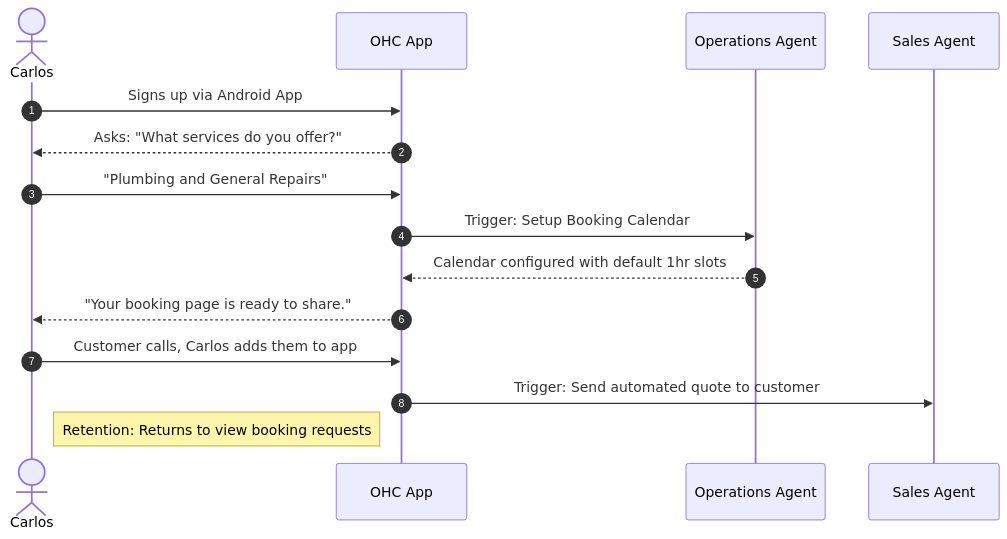
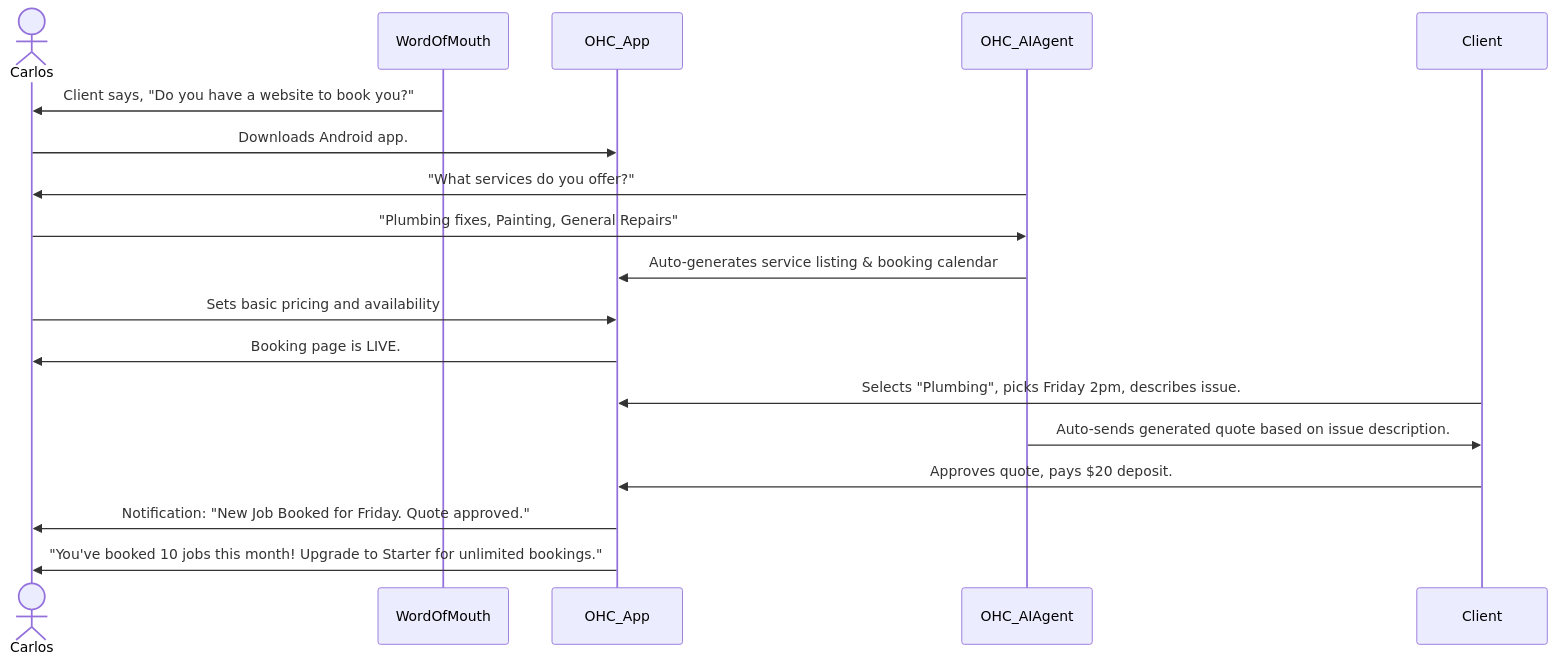
Before and after one commit to omnisolo-llc/onehumancorp: the second of 5 diagrams in docs/research/[architecture]_business_journey.md, drawn with Mermaid. The commit also changed other lines of this file, not shown here.

First line of the commit message:
docs: create Business Journey Architecture research report

````diff
--- a/docs/research/[architecture]_business_journey.md
+++ b/docs/research/[architecture]_business_journey.md
@@ -74,18 +91,28 @@
 ```mermaid
 sequenceDiagram
-    autonumber
-    actor Carlos as Carlos
-    participant App as OHC App
-    participant Ops as Operations Agent
-    participant Sales as Sales Agent
+    actor Carlos
+    participant WordOfMouth
+    participant OHC_App
+    participant OHC_AIAgent
+    participant Client
 
-    Carlos->>App: Signs up via Android App
-    App-->>Carlos: Asks: "What services do you offer?"
-    Carlos->>App: "Plumbing and General Repairs"
-    App->>Ops: Trigger: Setup Booking Calendar
-    Ops-->>App: Calendar configured with default 1hr slots
-    App-->>Carlos: "Your booking page is ready to share."
-    Carlos->>App: Customer calls, Carlos adds them to app
-    App->>Sales: Trigger: Send automated quote to customer
-    note right of Carlos: Retention: Returns to view booking requests
+    %% Acquisition & Onboarding
+    WordOfMouth->>Carlos: Client says, "Do you have a website to book you?"
+    Carlos->>OHC_App: Downloads Android app.
+    OHC_AIAgent->>Carlos: "What services do you offer?"
+    Carlos->>OHC_AIAgent: "Plumbing fixes, Painting, General Repairs"
+    OHC_AIAgent->>OHC_App: Auto-generates service listing & booking calendar
+
+    %% Activation
+    Carlos->>OHC_App: Sets basic pricing and availability
+    OHC_App->>Carlos: Booking page is LIVE.
+
+    %% Retention & Execution
+    Client->>OHC_App: Selects "Plumbing", picks Friday 2pm, describes issue.
+    OHC_AIAgent->>Client: Auto-sends generated quote based on issue description.
+    Client->>OHC_App: Approves quote, pays $20 deposit.
+    OHC_App->>Carlos: Notification: "New Job Booked for Friday. Quote approved."
+
+    %% Revenue (Upgrade Trigger)
+    OHC_App->>Carlos: "You've booked 10 jobs this month! Upgrade to Starter for unlimited bookings."
 ```
````
